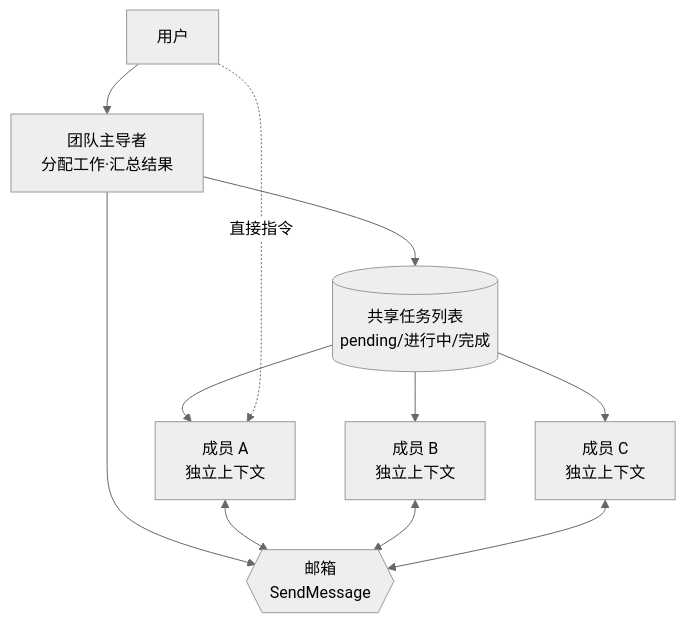
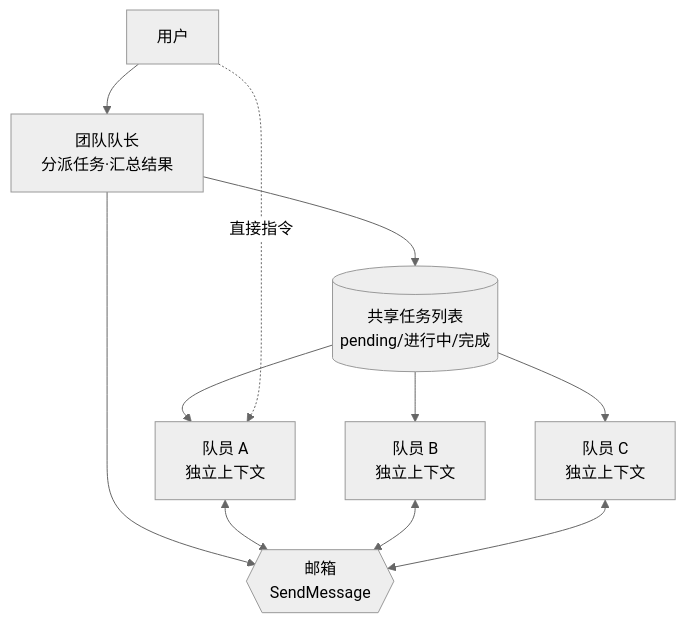
Before and after one commit to modu-ai/moai-adk: the diagram in docs-site/content/zh/claude-code/agentic/agent-teams.md, drawn with Mermaid (neutral theme). The commit also changed other lines of this file and 395 other files, not shown here.

````diff
--- a/docs-site/content/zh/claude-code/agentic/agent-teams.md
+++ b/docs-site/content/zh/claude-code/agentic/agent-teams.md
@@ -83,13 +83,13 @@
 ```mermaid
 flowchart TD
-    User[用户] --> Lead[团队主导者<br/>分配工作·汇总结果]
+    User[用户] --> Lead[团队队长<br/>分派任务·汇总结果]
     Lead --> TaskList[(共享任务列表<br/>pending/进行中/完成)]
     Lead --> Mailbox{{邮箱<br/>SendMessage}}
-    TaskList --> T1[成员 A<br/>独立上下文]
-    TaskList --> T2[成员 B<br/>独立上下文]
-    TaskList --> T3[成员 C<br/>独立上下文]
+    TaskList --> T1[队员 A<br/>独立上下文]
+    TaskList --> T2[队员 B<br/>独立上下文]
+    TaskList --> T3[队员 C<br/>独立上下文]
     T1 <--> Mailbox
     T2 <--> Mailbox
     T3 <--> Mailbox
     User -.直接指令.-> T1
 ```
````
